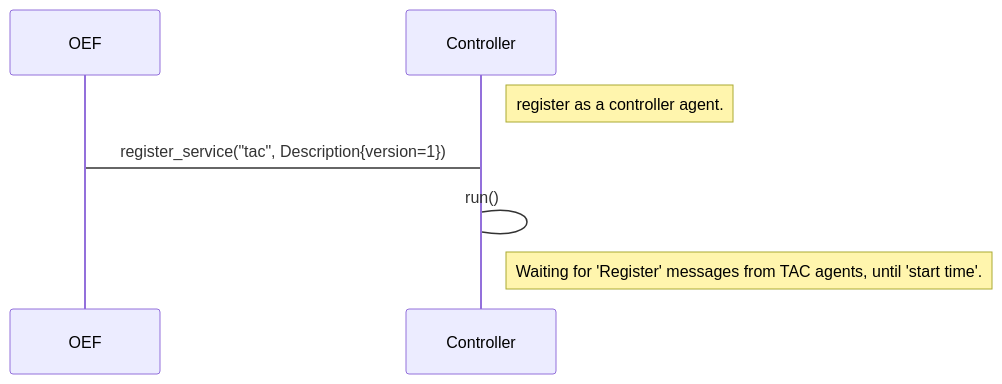
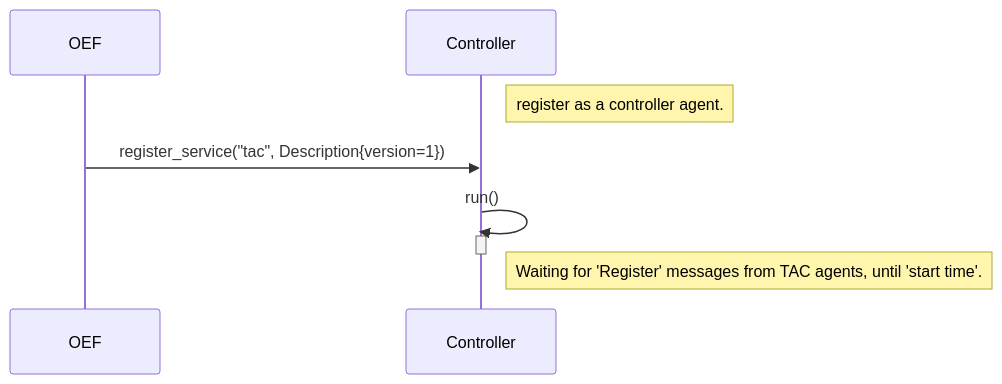
Before and after one commit to fetchai/agents-tac: the diagram in docs/_static/diagrams/controller_setup.mmd, drawn with Mermaid. The commit also changed 6 other files, not shown here.

Commit message:
Adds missing mermaid diagrams

```diff
--- a/docs/_static/diagrams/controller_setup.mmd
+++ b/docs/_static/diagrams/controller_setup.mmd
@@ -1,11 +1,12 @@
 sequenceDiagram
     participant OEF
     participant Controller
 
     Note right of Controller: register as a controller agent.
 
-    OEF->Controller: register_service("tac", Description{version=1})
-    Controller->Controller: run()
+    OEF->>Controller: register_service("tac", Description{version=1})
+    Controller->>Controller: run()
     activate Controller
+    deactivate Controller
 
     Note right of Controller: Waiting for 'Register' messages from TAC agents, until 'start time'.
```
